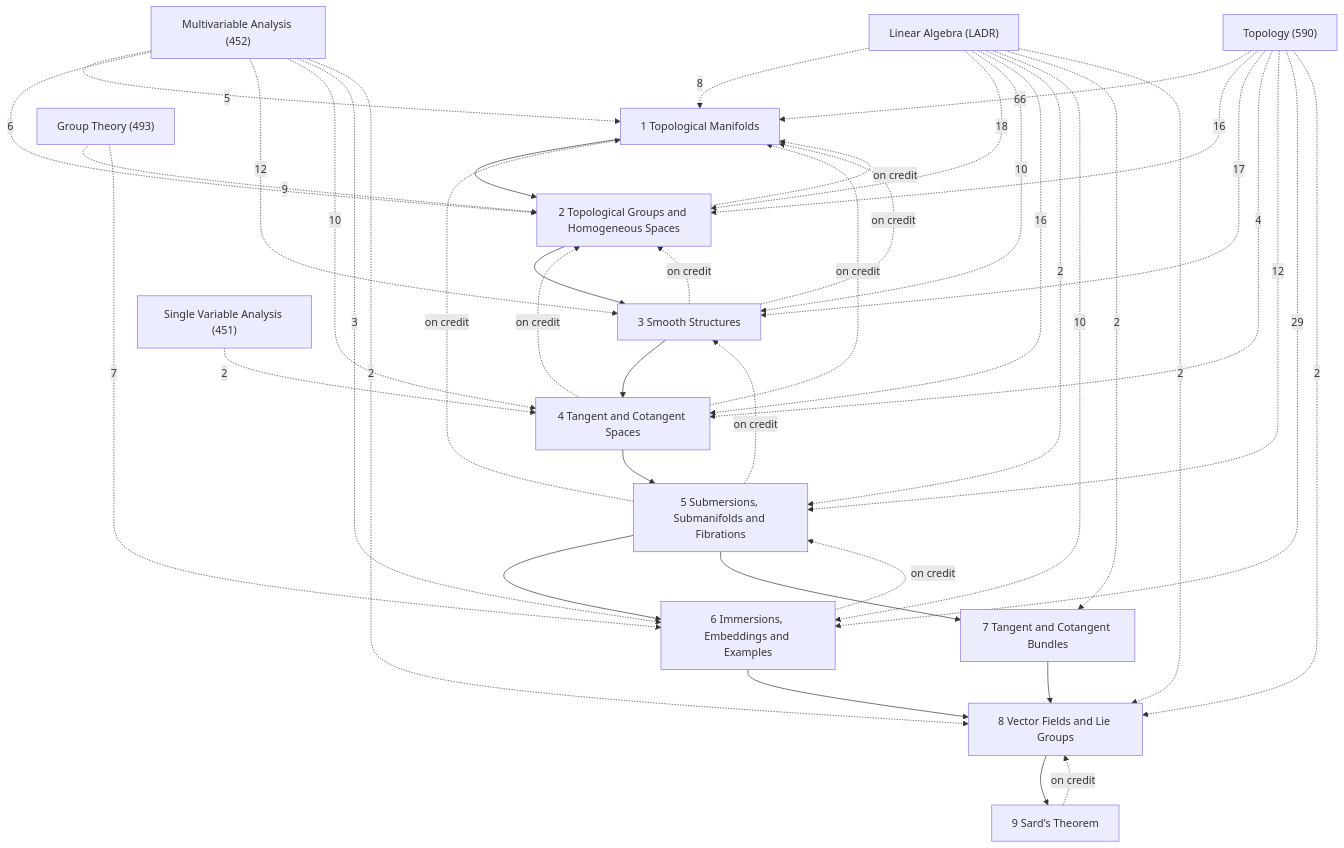
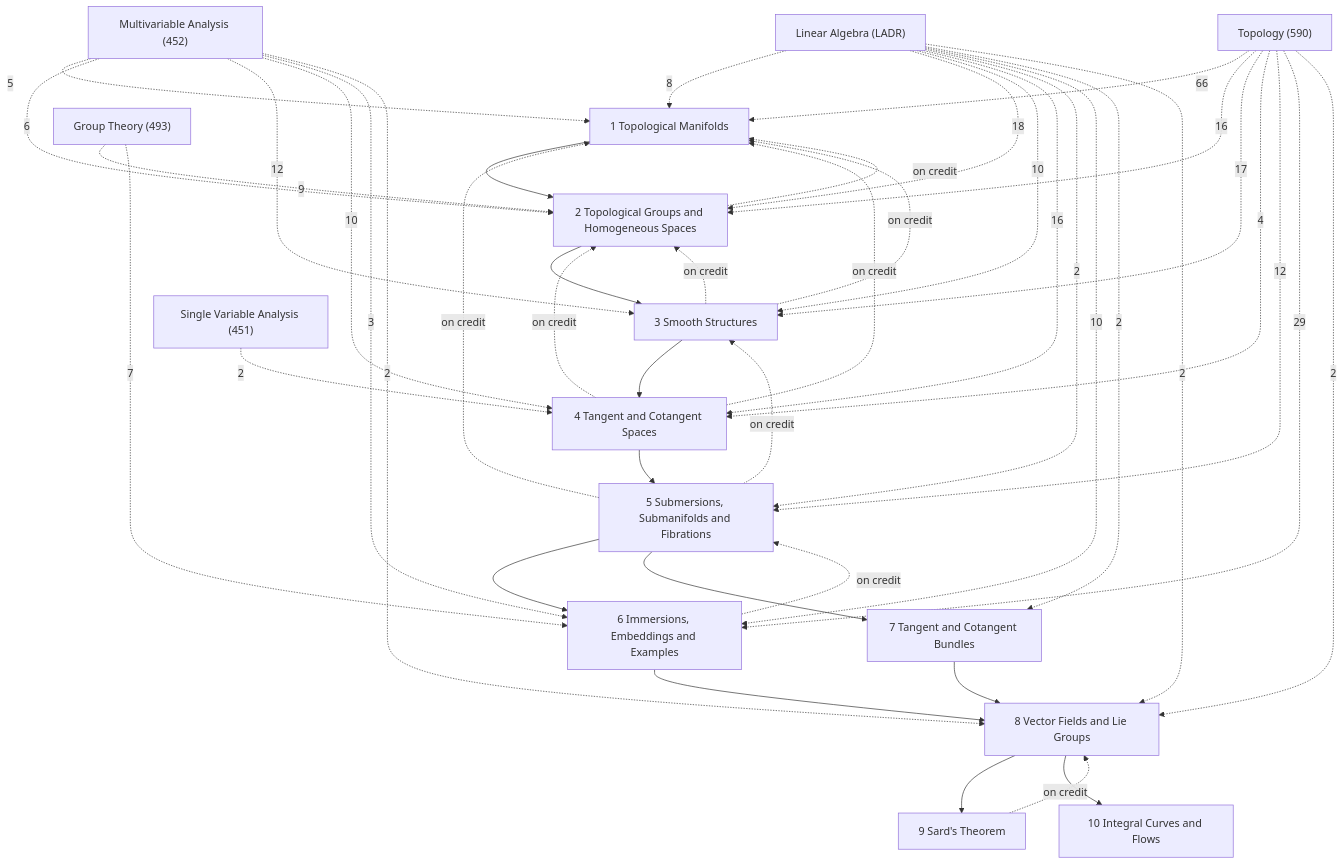
The diagram in Math/Differentiable Manifolds/Differentiable Manifolds.md (Onion20040508/notes), drawn with Mermaid before and after one commit. The commit also changed other lines of this file and 39 other files, not shown here.

````diff
--- a/Math/Differentiable Manifolds/Differentiable Manifolds.md
+++ b/Math/Differentiable Manifolds/Differentiable Manifolds.md
@@ -27,59 +27,61 @@
 ```mermaid
 graph TD
   C1["1 Topological Manifolds"]
   C2["2 Topological Groups and Homogeneous Spaces"]
   C3["3 Smooth Structures"]
   C4["4 Tangent and Cotangent Spaces"]
   C5["5 Submersions, Submanifolds and Fibrations"]
   C6["6 Immersions, Embeddings and Examples"]
   C7["7 Tangent and Cotangent Bundles"]
   C8["8 Vector Fields and Lie Groups"]
   C9["9 Sard's Theorem"]
+  C10["10 Integral Curves and Flows"]
   X1["Topology (590)"]
   X2["Multivariable Analysis (452)"]
   X3["Linear Algebra (LADR)"]
   X4["Group Theory (493)"]
   X5["Single Variable Analysis (451)"]
   C1 --> C2
   C2 --> C3
   C3 --> C4
   C4 --> C5
   C5 --> C6
   C5 --> C7
   C6 --> C8
   C7 --> C8
   C8 --> C9
+  C8 --> C10
   C2 -.->|on credit| C1
   C3 -.->|on credit| C1
   C3 -.->|on credit| C2
   C4 -.->|on credit| C1
   C4 -.->|on credit| C2
   C5 -.->|on credit| C1
   C5 -.->|on credit| C3
   C6 -.->|on credit| C5
   C9 -.->|on credit| C8
   X4 -.->|9| C2
   X4 -.->|7| C6
   X3 -.->|8| C1
   X3 -.->|18| C2
   X3 -.->|10| C3
   X3 -.->|16| C4
   X3 -.->|2| C5
   X3 -.->|10| C6
   X3 -.->|2| C7
   X3 -.->|2| C8
   X2 -.->|5| C1
   X2 -.->|6| C2
   X2 -.->|12| C3
   X2 -.->|10| C4
   X2 -.->|3| C6
   X2 -.->|2| C8
   X5 -.->|2| C4
   X1 -.->|66| C1
   X1 -.->|16| C2
   X1 -.->|17| C3
   X1 -.->|4| C4
   X1 -.->|12| C5
   X1 -.->|29| C6
   X1 -.->|2| C8
 ```
````
